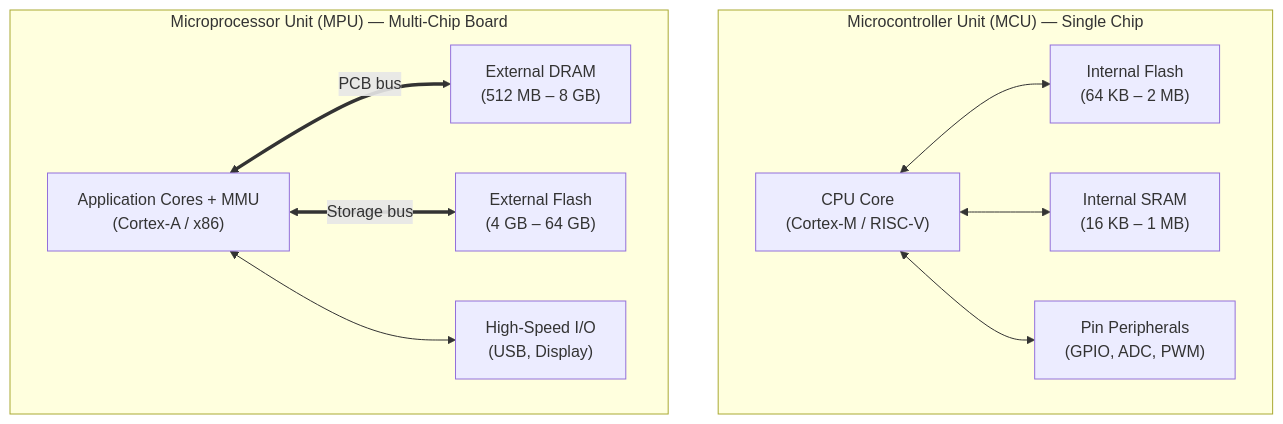
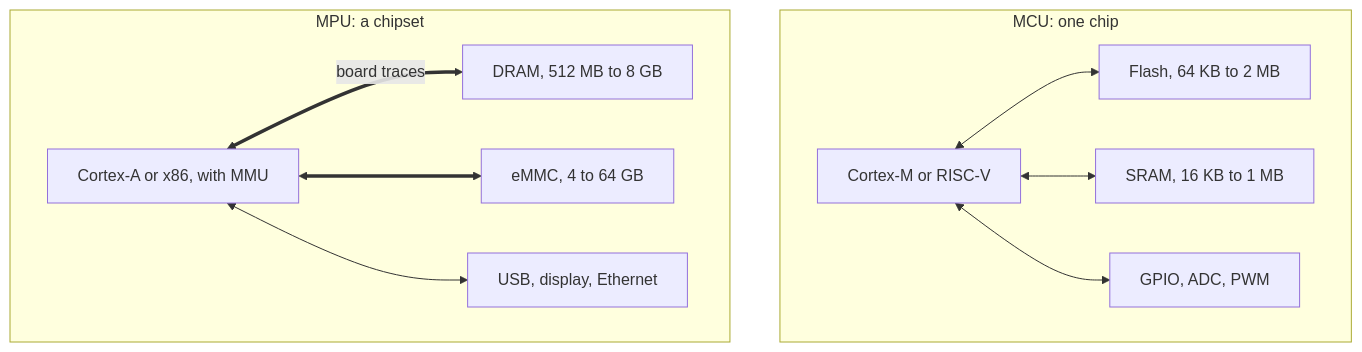
One commit to markbac/posters changed the diagram in posters/embedded/hardware/mcu-vs-mpu.md. Above: the diagram before and after it, drawn with Mermaid. The commit also changed other lines of this file and 57 other files, not shown here.

````diff
--- a/posters/embedded/hardware/mcu-vs-mpu.md
+++ b/posters/embedded/hardware/mcu-vs-mpu.md
@@ -40,15 +36,15 @@
 ```mermaid
 flowchart TB
-  subgraph MCU ["Microcontroller Unit (MCU) — Single Chip"]
+  subgraph MCU ["MCU: one chip"]
     direction LR
-    MCore["CPU Core\n(Cortex-M / RISC-V)"] <--> MFlash["Internal Flash\n(64 KB – 2 MB)"]
-    MCore <--> MSRAM["Internal SRAM\n(16 KB – 1 MB)"]
-    MCore <--> MPer["Pin Peripherals\n(GPIO, ADC, PWM)"]
+    MCore["Cortex-M or RISC-V"] <--> MFlash["Flash, 64 KB to 2 MB"]
+    MCore <--> MSRAM["SRAM, 16 KB to 1 MB"]
+    MCore <--> MPer["GPIO, ADC, PWM"]
   end
-  subgraph MPU ["Microprocessor Unit (MPU) — Multi-Chip Board"]
+  subgraph MPU ["MPU: a chipset"]
     direction LR
-    PCore["Application Cores + MMU\n(Cortex-A / x86)"] <==>|"PCB bus"| PDRAM["External DRAM\n(512 MB – 8 GB)"]
-    PCore <==>|"Storage bus"| PFlash["External Flash\n(4 GB – 64 GB)"]
-    PCore <--> PPer["High-Speed I/O\n(USB, Display)"]
+    PCore["Cortex-A or x86, with MMU"] <==>|"board traces"| PDRAM["DRAM, 512 MB to 8 GB"]
+    PCore <==> PFlash["eMMC, 4 to 64 GB"]
+    PCore <--> PPer["USB, display, Ethernet"]
   end
 ```
````
